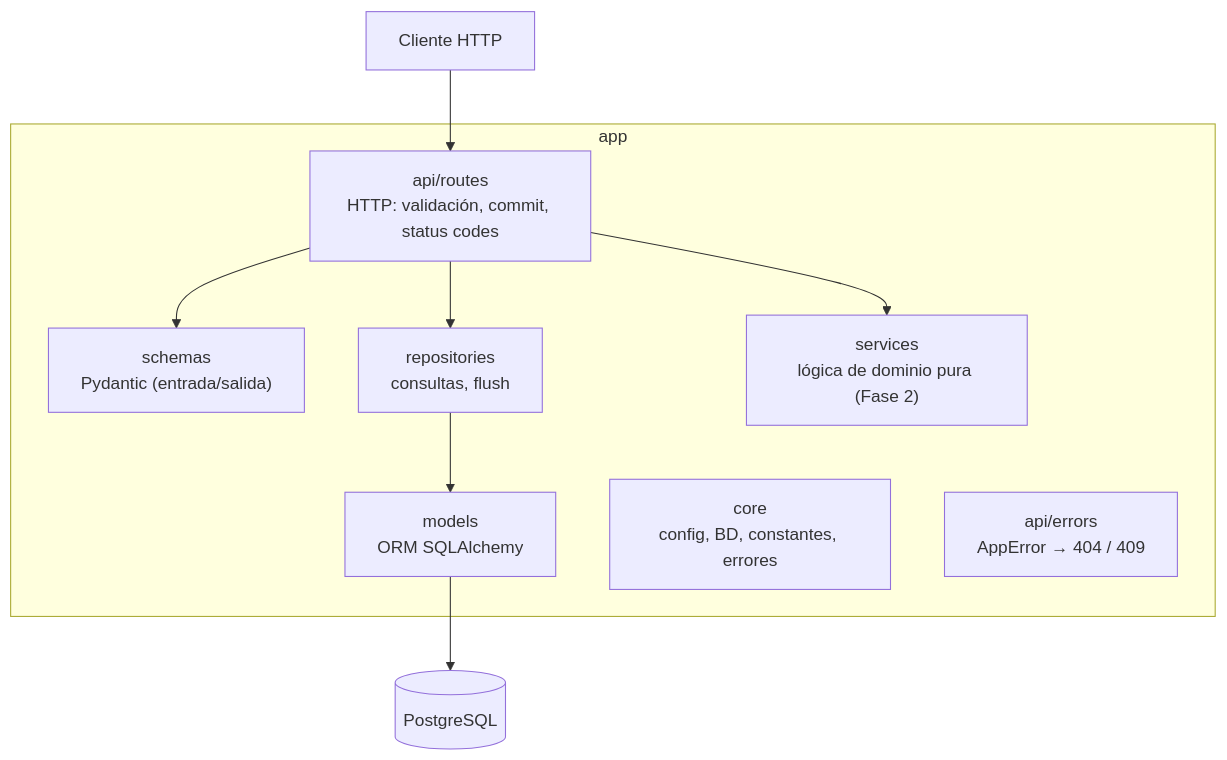
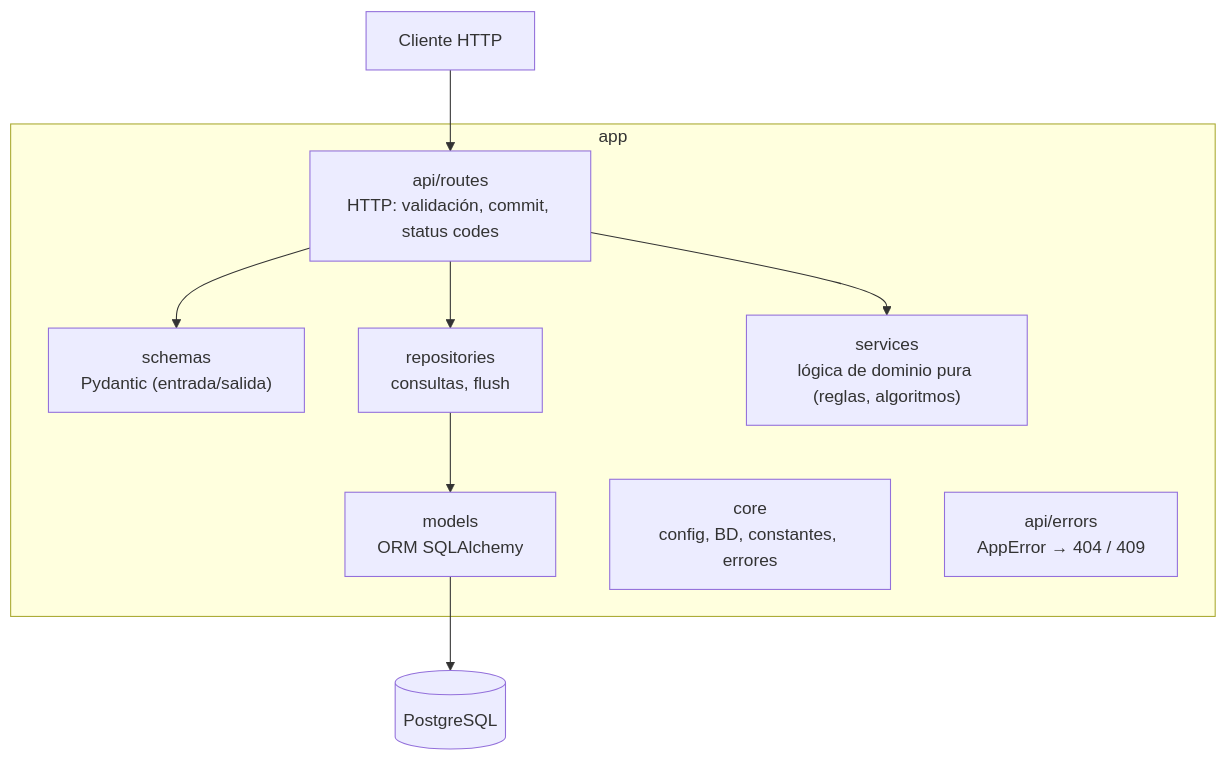
Before and after one commit to athersoft/Tournament-System: the diagram in docs/arquitectura/vision-general.md, drawn with Mermaid. The commit also changed 32 other files, not shown here.

````diff
--- a/docs/arquitectura/vision-general.md
+++ b/docs/arquitectura/vision-general.md
@@ -13,13 +13,13 @@
 ```mermaid
 flowchart TD
     Client[Cliente HTTP] --> Routes
     subgraph app
         Routes["api/routes<br/>HTTP: validación, commit, status codes"] --> Schemas["schemas<br/>Pydantic (entrada/salida)"]
         Routes --> Repos["repositories<br/>consultas, flush"]
-        Routes --> Services["services<br/>lógica de dominio pura (Fase 2)"]
+        Routes --> Services["services<br/>lógica de dominio pura (reglas, algoritmos)"]
         Repos --> Models["models<br/>ORM SQLAlchemy"]
         Core["core<br/>config, BD, constantes, errores"]
         Errors["api/errors<br/>AppError → 404 / 409"]
     end
     Models --> DB[(PostgreSQL)]
 ```
````
